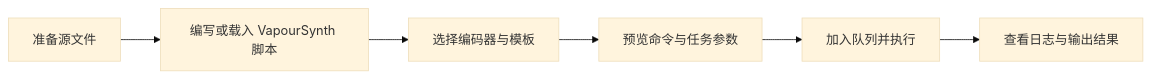
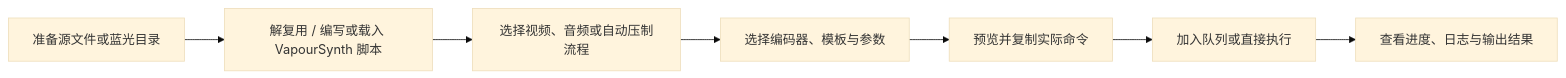
Before and after one commit to frankie1024/FlowEncode: the diagram in README.md, drawn with Mermaid (base theme). The commit also changed other lines of this file and 2 other files, not shown here.

````diff
--- a/README.md
+++ b/README.md
@@ -74,8 +76,9 @@
 ```mermaid
 flowchart LR
-  A["准备源文件"] --> B["编写或载入 VapourSynth 脚本"]
-  B --> C["选择编码器与模板"]
-  C --> D["预览命令与任务参数"]
-  D --> E["加入队列并执行"]
-  E --> F["查看日志与输出结果"]
+  A["准备源文件或蓝光目录"] --> B["解复用 / 编写或载入 VapourSynth 脚本"]
+  B --> C["选择视频、音频或自动压制流程"]
+  C --> D["选择编码器、模板与参数"]
+  D --> E["预览并复制实际命令"]
+  E --> F["加入队列或直接执行"]
+  F --> G["查看进度、日志与输出结果"]
 ```
````
